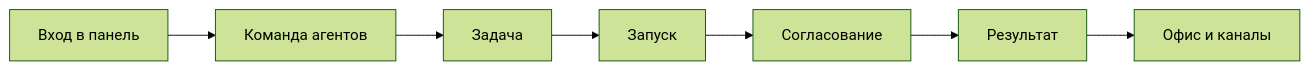
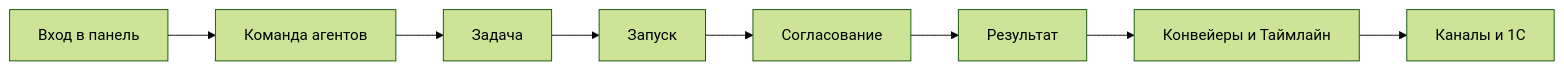
The diagram in docs/guides/index.mdx (Dmitriion/datagent-docs), drawn with Mermaid (forest theme) before and after one commit. The commit also changed other lines of this file and 66 other files, not shown here.

````diff
--- a/docs/guides/index.mdx
+++ b/docs/guides/index.mdx
@@ -67,9 +67,10 @@
 ```mermaid
 flowchart LR
   A[Вход в панель] --> B[Команда агентов]
   B --> C[Задача]
   C --> D[Запуск]
   D --> E[Согласование]
   E --> F[Результат]
-  F --> G[Офис и каналы]
+  F --> G[Конвейеры и Таймлайн]
+  G --> H[Каналы и 1С]
 ```
````
